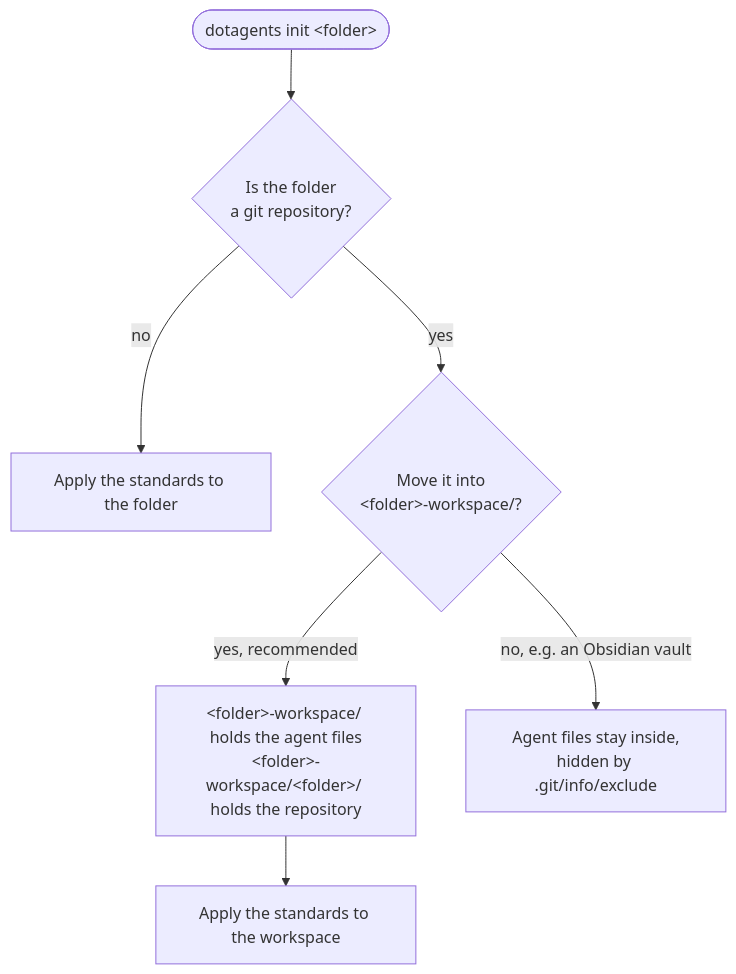
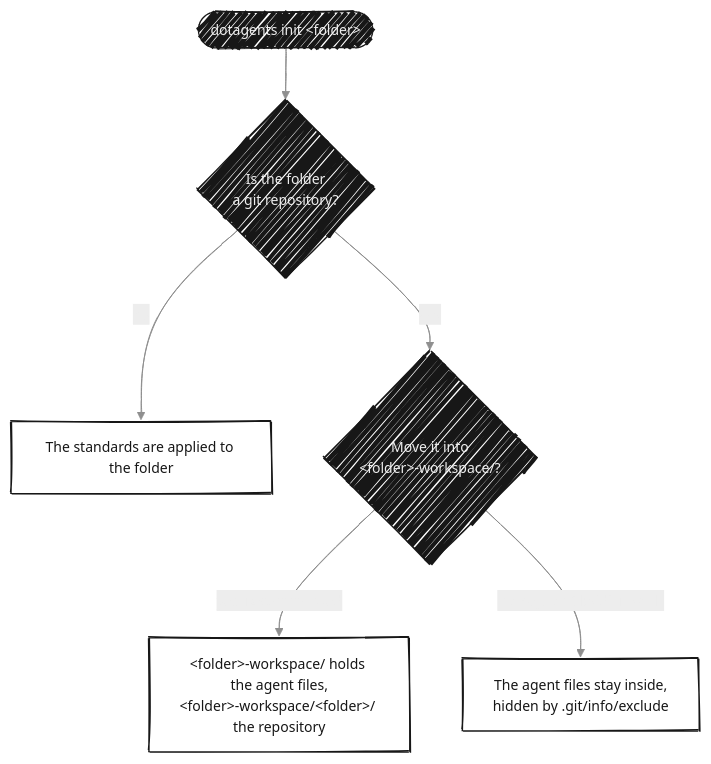
The third of 5 diagrams in README.md (dotagents-org/dotagents-core), drawn with Mermaid before and after one commit. The commit also changed other lines of this file and 2 other files, not shown here.

Commit message:
📝 docs: redraw the readme and architecture diagrams for the profiles and the live usage

````diff
--- a/README.md
+++ b/README.md
@@ -93,9 +84,10 @@
 ```mermaid
+%%{init: {"look": "handDrawn", "handDrawnSeed": 3, "theme": "base", "themeVariables": {"fontFamily": "Geist Mono, ui-monospace, SFMono-Regular, Menlo, Consolas, monospace", "fontSize": "14px", "primaryColor": "#171717", "primaryTextColor": "#ededed", "primaryBorderColor": "#171717", "lineColor": "#8f8f8f", "textColor": "#171717", "edgeLabelBackground": "#ededed", "clusterBkg": "transparent", "clusterBorder": "#8f8f8f", "titleColor": "#808080"}}}%%
 flowchart TD
     start(["dotagents init &lt;folder&gt;"]) --> isrepo{"Is the folder<br/>a git repository?"}
-    isrepo -- no --> apply["Apply the standards to the folder"]
-    isrepo -- yes --> wrap{"Move it into<br/>&lt;folder&gt;-workspace/?"}
-    wrap -- "yes, recommended" --> moved["&lt;folder&gt;-workspace/ holds the agent files<br/>&lt;folder&gt;-workspace/&lt;folder&gt;/ holds the repository"]
-    moved --> applyws["Apply the standards to the workspace"]
-    wrap -- "no, e.g. an Obsidian vault" --> exclude["Agent files stay inside,<br/>hidden by .git/info/exclude"]
+    isrepo -- "no" --> apply["The standards are applied to the folder"]:::result
+    isrepo -- "yes" --> wrap{"Move it into<br/>&lt;folder&gt;-workspace/?"}
+    wrap -- "yes, recommended" --> moved["&lt;folder&gt;-workspace/ holds the agent files,<br/>&lt;folder&gt;-workspace/&lt;folder&gt;/ the repository"]:::result
+    wrap -- "no, e.g. an Obsidian vault" --> exclude["The agent files stay inside,<br/>hidden by .git/info/exclude"]:::result
+    classDef result fill:#ffffff,stroke:#171717,stroke-width:1.5px,color:#171717
 ```
````
